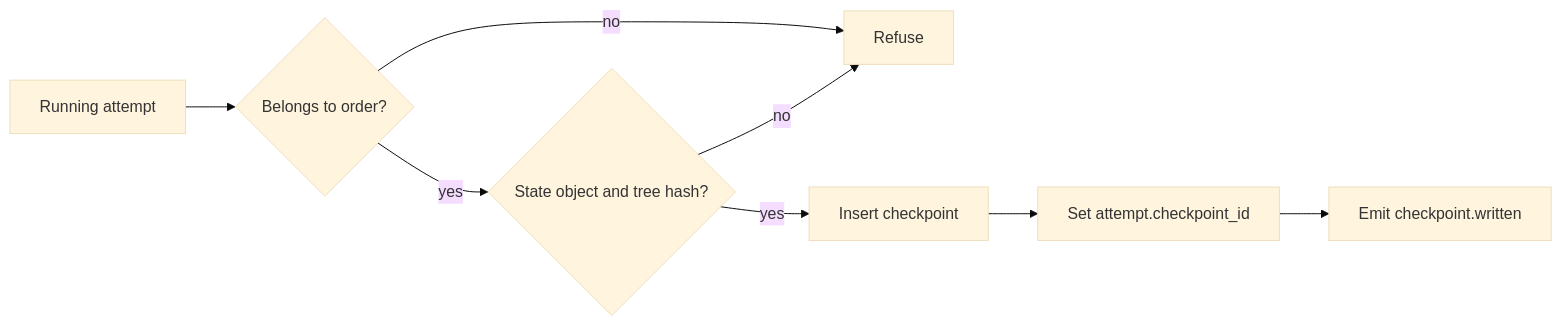
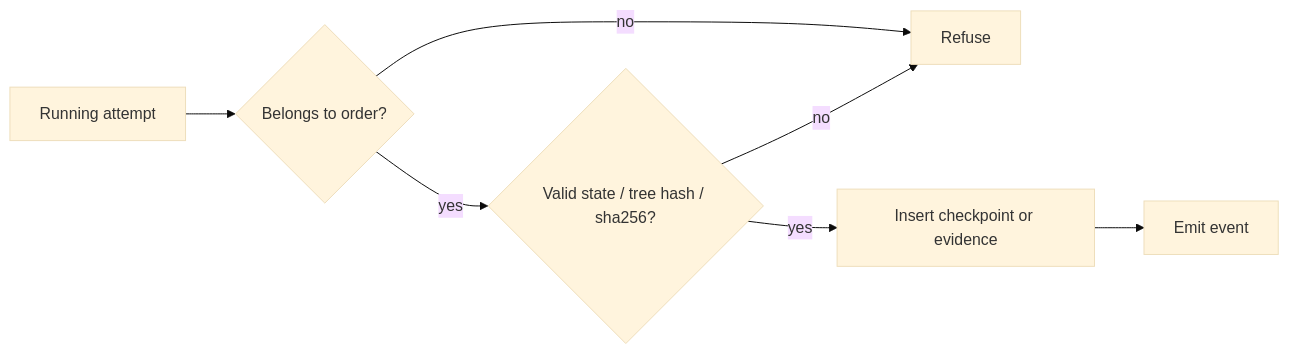
One commit to igorjpimenta/brayer changed the third of 3 diagrams in README.md. Above: the diagram before and after it, drawn with Mermaid (base theme). The commit also changed other lines of this file, not shown here.

Commit message:
docs: describe evidence in the readme

````diff
--- a/README.md
+++ b/README.md
@@ -66,10 +67,9 @@
 ```mermaid
 flowchart LR
   A[Running attempt] --> B{Belongs to order?}
   B -->|no| R[Refuse]
-  B -->|yes| C{State object and tree hash?}
+  B -->|yes| C{Valid state / tree hash / sha256?}
   C -->|no| R
-  C -->|yes| D[Insert checkpoint]
-  D --> E[Set attempt.checkpoint_id]
-  E --> F[Emit checkpoint.written]
+  C -->|yes| D[Insert checkpoint or evidence]
+  D --> E[Emit event]
 ```
````
